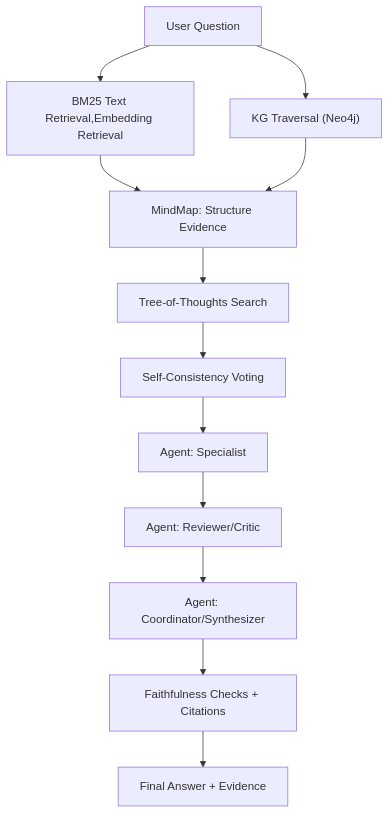
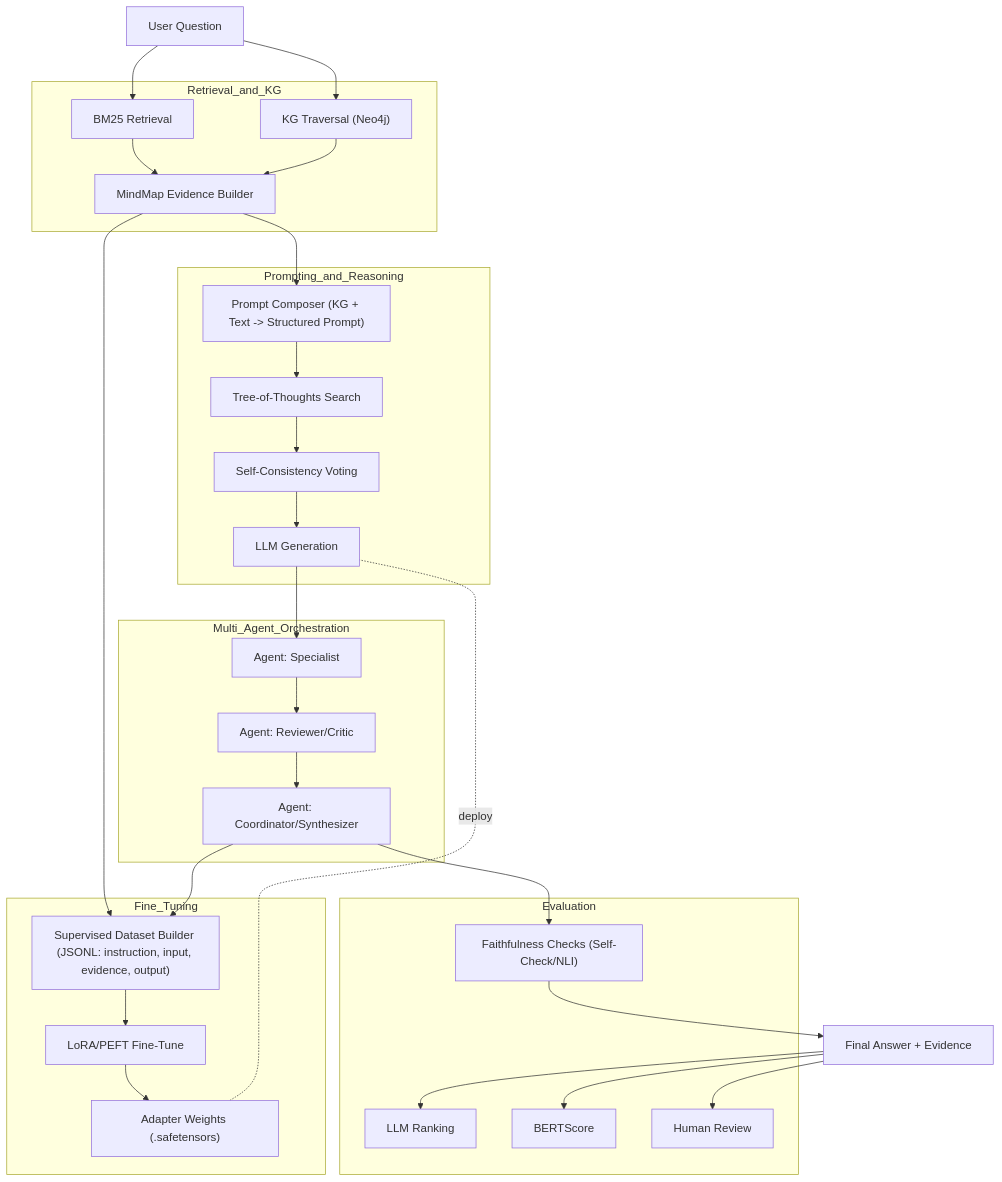
Before and after one commit to ictup/Enhancing-QA-Systems-through-Integrated-Reasoning-over-Knowledge-Bases-and-Large-Language-Models: the diagram in README.md, drawn with Mermaid. The commit also changed other lines of this file, not shown here.

````diff
--- a/README.md
+++ b/README.md
@@ -21,27 +21,87 @@
 ```mermaid
 flowchart TD
+    %% ---------- Nodes ----------
     Q["User Question"]
-    R1["BM25 Text Retrieval,Embedding Retrieval"]
+    R1["BM25 Retrieval"]
     R2["KG Traversal (Neo4j)"]
-    M["MindMap: Structure Evidence"]
+    M["MindMap Evidence Builder"]
+    P["Prompt Composer (KG + Text -> Structured Prompt)"]
     T["Tree-of-Thoughts Search"]
     V["Self-Consistency Voting"]
+    G["LLM Generation"]
     A1["Agent: Specialist"]
     A2["Agent: Reviewer/Critic"]
     A3["Agent: Coordinator/Synthesizer"]
-    C["Faithfulness Checks + Citations"]
+    C["Faithfulness Checks (Self-Check/NLI)"]
     O["Final Answer + Evidence"]
 
+    %% ---------- Fine-tuning nodes ----------
+    D["Supervised Dataset Builder (JSONL: instruction, input, evidence, output)"]
+    FT["LoRA/PEFT Fine-Tune"]
+    M2["Adapter Weights (.safetensors)"]
+
+    %% ---------- Evaluation nodes ----------
+    E1["LLM Ranking"]
+    E2["BERTScore"]
+    E3["Human Review"]
+
+    %% ---------- Grouping (subgraphs) ----------
+    subgraph Retrieval_and_KG
+        R1
+        R2
+        M
+    end
+
+    subgraph Prompting_and_Reasoning
+        P
+        T
+        V
+        G
+    end
+
+    subgraph Multi_Agent_Orchestration
+        A1
+        A2
+        A3
+    end
+
+    subgraph Evaluation
+        C
+        E1
+        E2
+        E3
+    end
+
+    subgraph Fine_Tuning
+        D
+        FT
+        M2
+    end
+
+    %% ---------- Edges ----------
     Q --> R1
     Q --> R2
     R1 --> M
     R2 --> M
-    M --> T
+    M --> P
+    P --> T
     T --> V
-    V --> A1
+    V --> G
+    G --> A1
     A1 --> A2
     A2 --> A3
     A3 --> C
     C --> O
 
+    %% ---------- Fine-tune edges ----------
+    M --> D
+    A3 --> D
+    D --> FT
+    FT --> M2
+    M2 -. deploy .- G
+
+    %% ---------- Evaluation edges ----------
+    O --> E1
+    O --> E2
+    O --> E3
 ```
````
